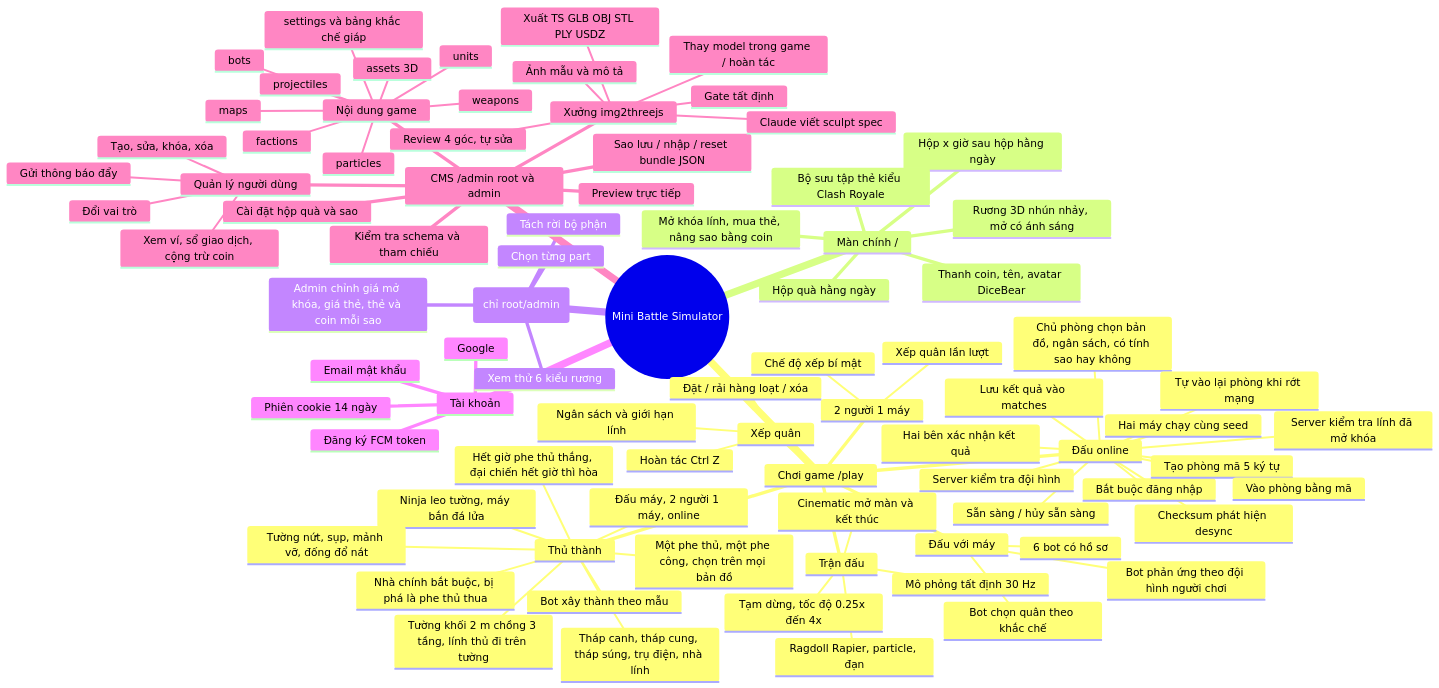
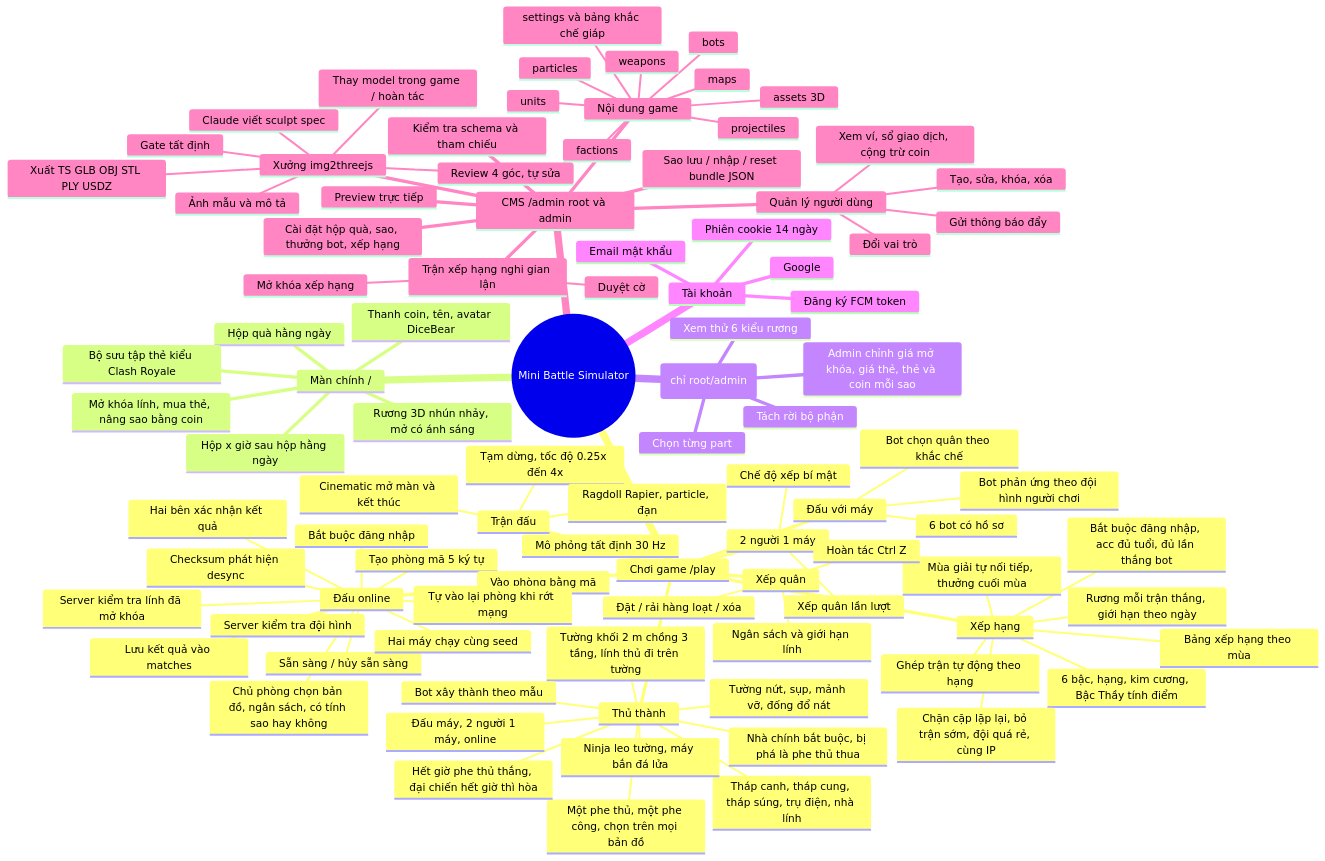
The second of 13 diagrams in docs/ARCHITECTURE.md (lualua0909/simulator-battle-webgame), drawn with Mermaid before and after one commit. The commit also changed other lines of this file and 24 other files, not shown here.

```diff
--- a/docs/ARCHITECTURE.md
+++ b/docs/ARCHITECTURE.md
@@ -103,6 +110,14 @@
         Hai bên xác nhận kết quả
         Lưu kết quả vào matches
         Tự vào lại phòng khi rớt mạng
+      Xếp hạng
+        Bắt buộc đăng nhập, acc đủ tuổi, đủ lần thắng bot
+        Ghép trận tự động theo hạng
+        6 bậc, hạng, kim cương, Bậc Thầy tính điểm
+        Mùa giải tự nối tiếp, thưởng cuối mùa
+        Rương mỗi trận thắng, giới hạn theo ngày
+        Bảng xếp hạng theo mùa
+        Chặn cặp lặp lại, bỏ trận sớm, đội quá rẻ, cùng IP
       Xếp quân
         Đặt / rải hàng loạt / xóa
         Hoàn tác Ctrl Z
@@ -158,7 +173,10 @@
         Đổi vai trò
         Gửi thông báo đẩy
         Xem ví, sổ giao dịch, cộng trừ coin
-      Cài đặt hộp quà và sao
+      Cài đặt hộp quà, sao, thưởng bot, xếp hạng
+      Trận xếp hạng nghi gian lận
+        Duyệt cờ
+        Mở khóa xếp hạng
       Xưởng img2threejs
         Ảnh mẫu và mô tả
         Claude viết sculpt spec
```
